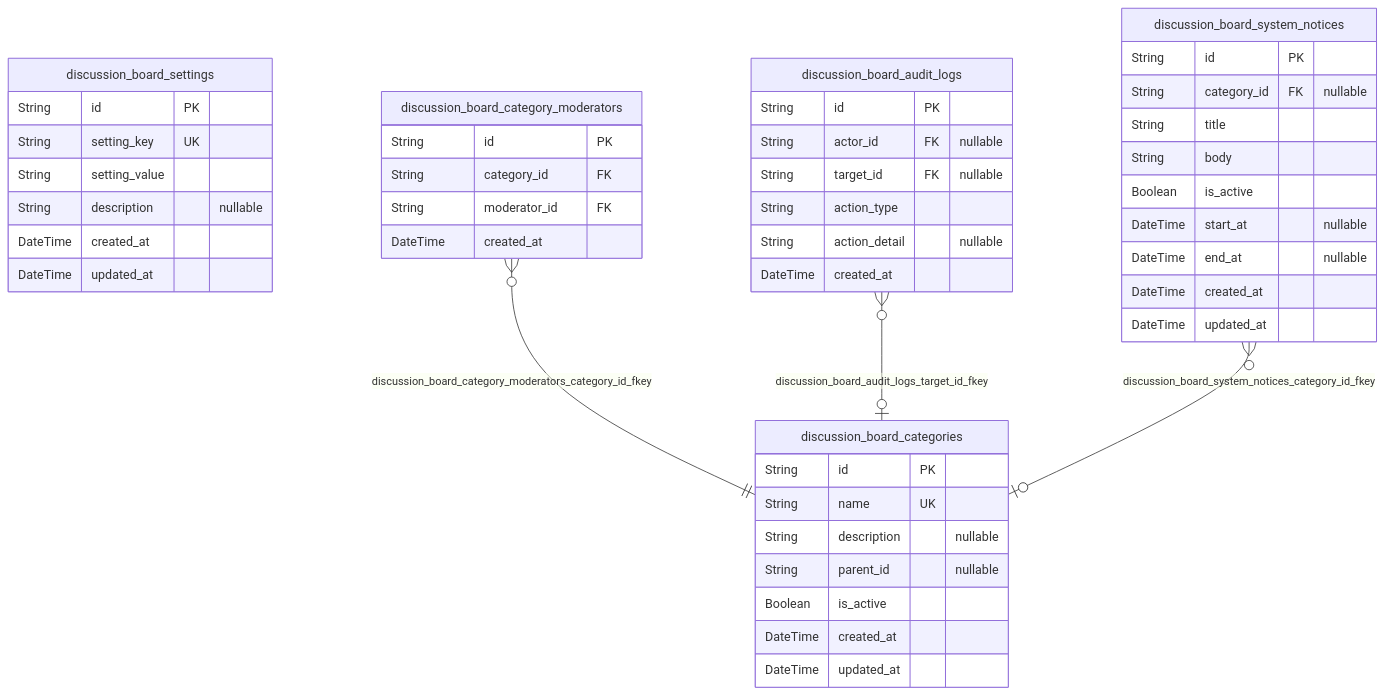
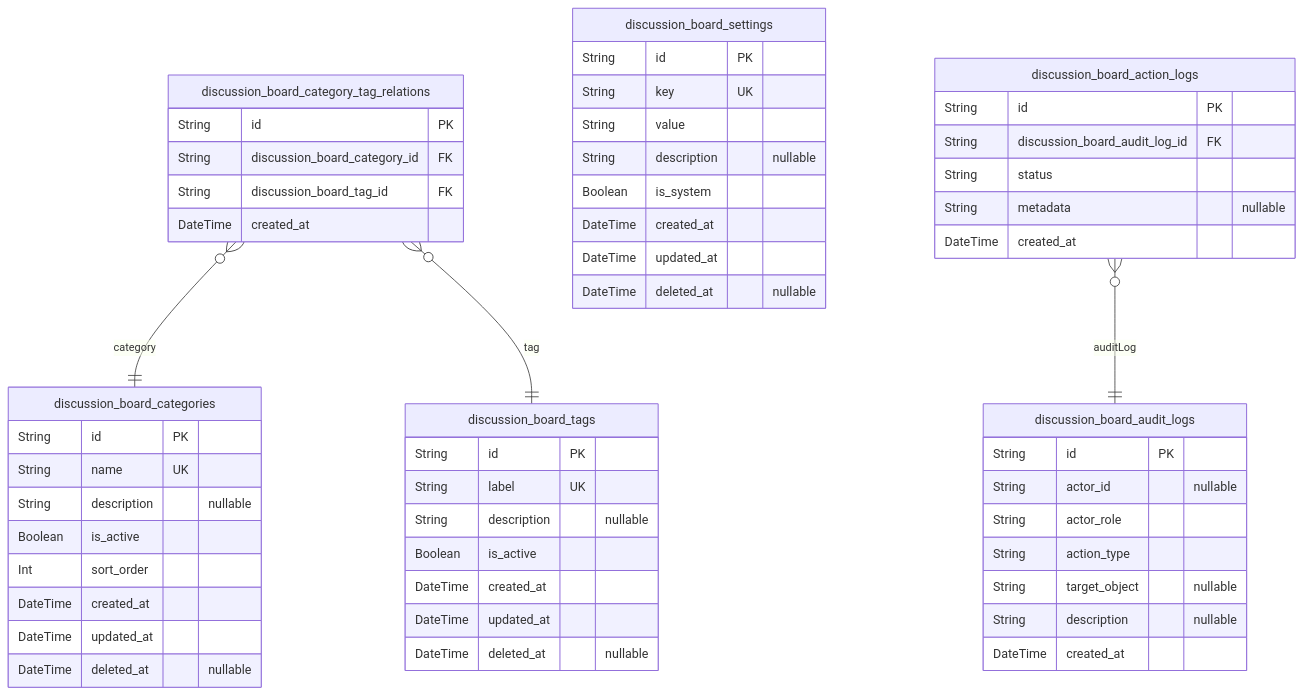
Before and after one commit to wrtnlabs/autobe-example-bbs-openai-gpt-4.1: the first of 8 diagrams in docs/ERD.md, drawn with Mermaid. The commit also changed other lines of this file and 1472 other files, not shown here.

````diff
--- a/docs/ERD.md
+++ b/docs/ERD.md
@@ -16,48 +16,57 @@
 ```mermaid
 erDiagram
 "discussion_board_categories" {
   String id PK
   String name UK
   String description "nullable"
-  String parent_id "nullable"
+  Boolean is_active
+  Int sort_order
+  DateTime created_at
+  DateTime updated_at
+  DateTime deleted_at "nullable"
+}
+"discussion_board_tags" {
+  String id PK
+  String label UK
+  String description "nullable"
   Boolean is_active
   DateTime created_at
   DateTime updated_at
+  DateTime deleted_at "nullable"
+}
+"discussion_board_category_tag_relations" {
+  String id PK
+  String discussion_board_category_id FK
+  String discussion_board_tag_id FK
+  DateTime created_at
 }
 "discussion_board_settings" {
   String id PK
-  String setting_key UK
-  String setting_value
+  String key UK
+  String value
   String description "nullable"
+  Boolean is_system
   DateTime created_at
   DateTime updated_at
-}
-"discussion_board_category_moderators" {
-  String id PK
-  String category_id FK
-  String moderator_id FK
-  DateTime created_at
+  DateTime deleted_at "nullable"
 }
 "discussion_board_audit_logs" {
   String id PK
-  String actor_id FK "nullable"
-  String target_id FK "nullable"
+  String actor_id "nullable"
+  String actor_role
   String action_type
-  String action_detail "nullable"
+  String target_object "nullable"
+  String description "nullable"
   DateTime created_at
 }
-"discussion_board_system_notices" {
+"discussion_board_action_logs" {
   String id PK
-  String category_id FK "nullable"
-  String title
-  String body
-  Boolean is_active
-  DateTime start_at "nullable"
-  DateTime end_at "nullable"
+  String discussion_board_audit_log_id FK
+  String status
+  String metadata "nullable"
   DateTime created_at
-  DateTime updated_at
 }
-"discussion_board_category_moderators" }o--|| "discussion_board_categories" : discussion_board_category_moderators_category_id_fkey
-"discussion_board_audit_logs" }o--o| "discussion_board_categories" : discussion_board_audit_logs_target_id_fkey
-"discussion_board_system_notices" }o--o| "discussion_board_categories" : discussion_board_system_notices_category_id_fkey
+"discussion_board_category_tag_relations" }o--|| "discussion_board_categories" : category
+"discussion_board_category_tag_relations" }o--|| "discussion_board_tags" : tag
+"discussion_board_action_logs" }o--|| "discussion_board_audit_logs" : auditLog
 ```
````
